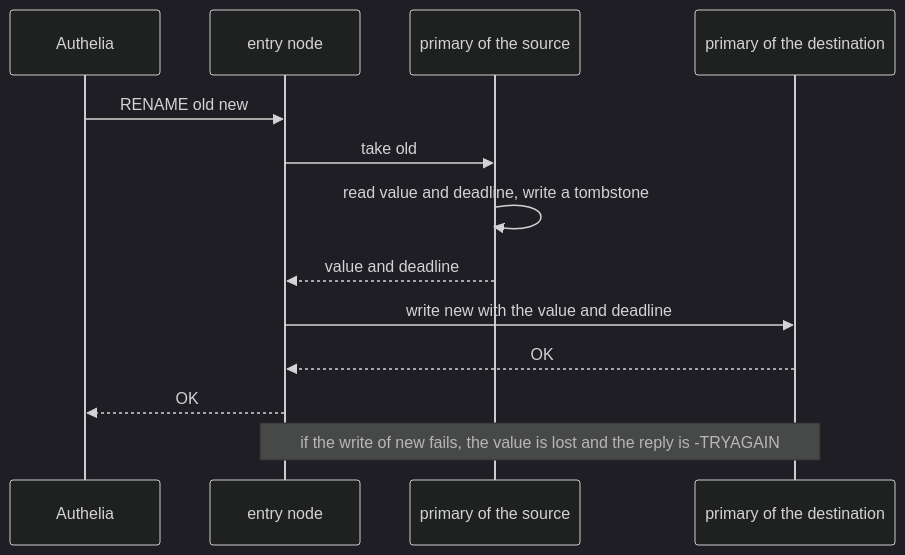
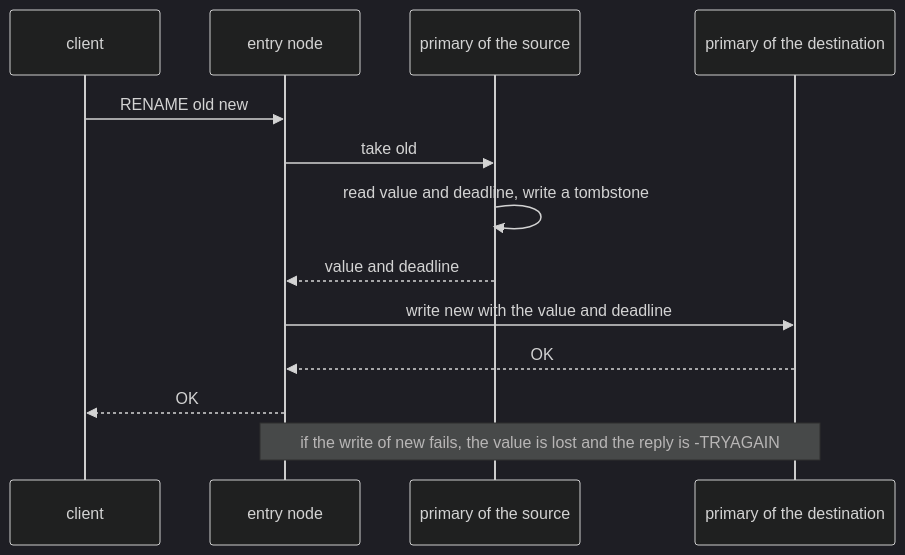
One commit to RonaldPhilipsen/Discus changed diagram 13 of 13 in docs/design.md. Above: the diagram before and after it, drawn with Mermaid (dark theme). The commit also changed other lines of this file, not shown here.

````diff
--- a/docs/design.md
+++ b/docs/design.md
@@ -1529,15 +1538,15 @@
 ```mermaid
 sequenceDiagram
-    participant C as Authelia
+    participant C as client
     participant E as entry node
     participant S as primary of the source
     participant D as primary of the destination
     C->>E: RENAME old new
     E->>S: take old
     S->>S: read value and deadline, write a tombstone
     S-->>E: value and deadline
     E->>D: write new with the value and deadline
     D-->>E: OK
     E-->>C: OK
     Note over E,D: if the write of new fails, the value is lost and the reply is -TRYAGAIN
 ```
````
